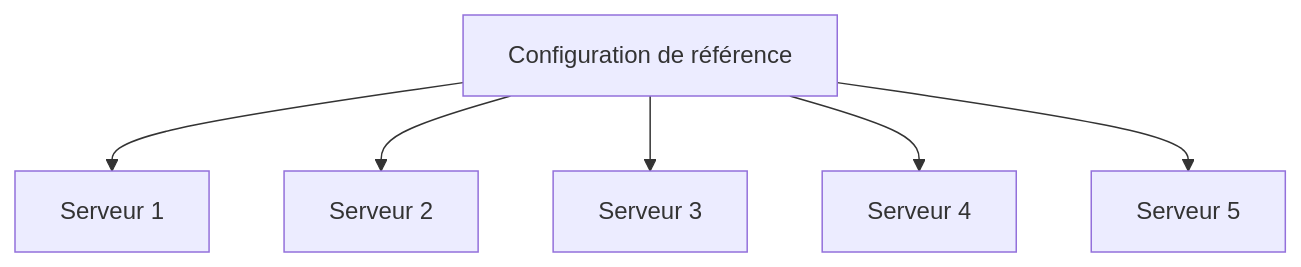
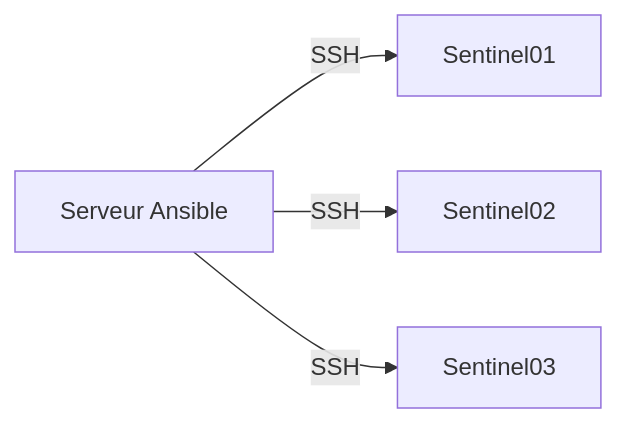
The second of 4 diagrams in campagne 9/9.1.md (tdelaclos/formations), drawn with Mermaid before and after one commit. The commit also changed other lines of this file, not shown here.

````diff
--- a/campagne 9/9.1.md
+++ b/campagne 9/9.1.md
@@ -933,11 +176,11 @@
 ```mermaid
-flowchart TD
+flowchart LR
 
-Reference["Configuration de référence"]
+    ADMIN[Serveur Ansible]
 
-Reference --> S1[Serveur 1]
-Reference --> S2[Serveur 2]
-Reference --> S3[Serveur 3]
-Reference --> S4[Serveur 4]
-Reference --> S5[Serveur 5]
+    ADMIN -->|SSH| S1[Sentinel01]
+
+    ADMIN -->|SSH| S2[Sentinel02]
+
+    ADMIN -->|SSH| S3[Sentinel03]
 ```
````
